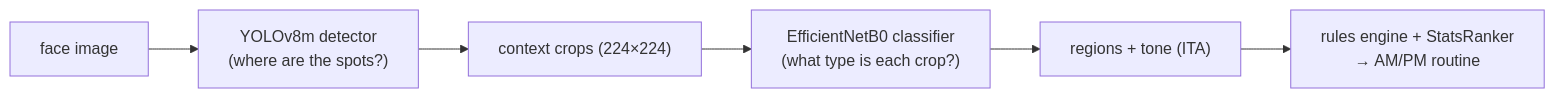
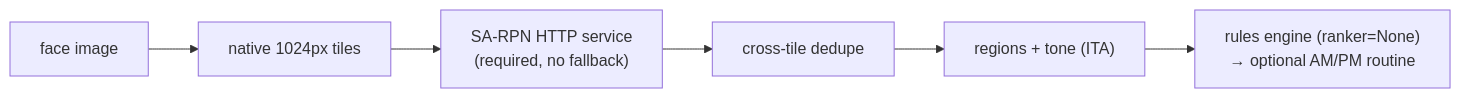
The diagram in README.md (Kumario1/skinscan), drawn with Mermaid before and after one commit. The commit also changed other lines of this file and 3 other files, not shown here.

````diff
--- a/README.md
+++ b/README.md
@@ -11,8 +24,8 @@
 ```mermaid
 flowchart LR
-    I["face image"] --> D["YOLOv8m detector<br/>(where are the spots?)"]
-    D --> C["context crops (224×224)"]
-    C --> E["EfficientNetB0 classifier<br/>(what type is each crop?)"]
-    E --> R["regions + tone (ITA)"]
-    R --> S["rules engine + StatsRanker<br/>→ AM/PM routine"]
+    I["face image"] --> T["native 1024px tiles"]
+    T --> P["SA-RPN HTTP service<br/>(required, no fallback)"]
+    P --> D["cross-tile dedupe"]
+    D --> R["regions + tone (ITA)"]
+    R --> S["rules engine (ranker=None)<br/>→ optional AM/PM routine"]
 ```
````
